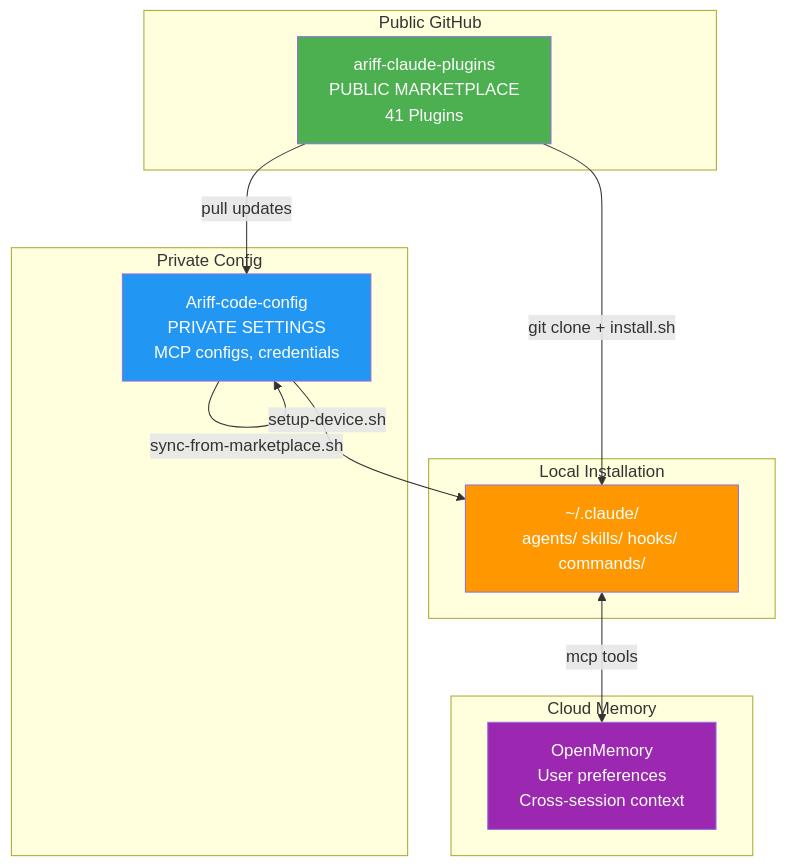
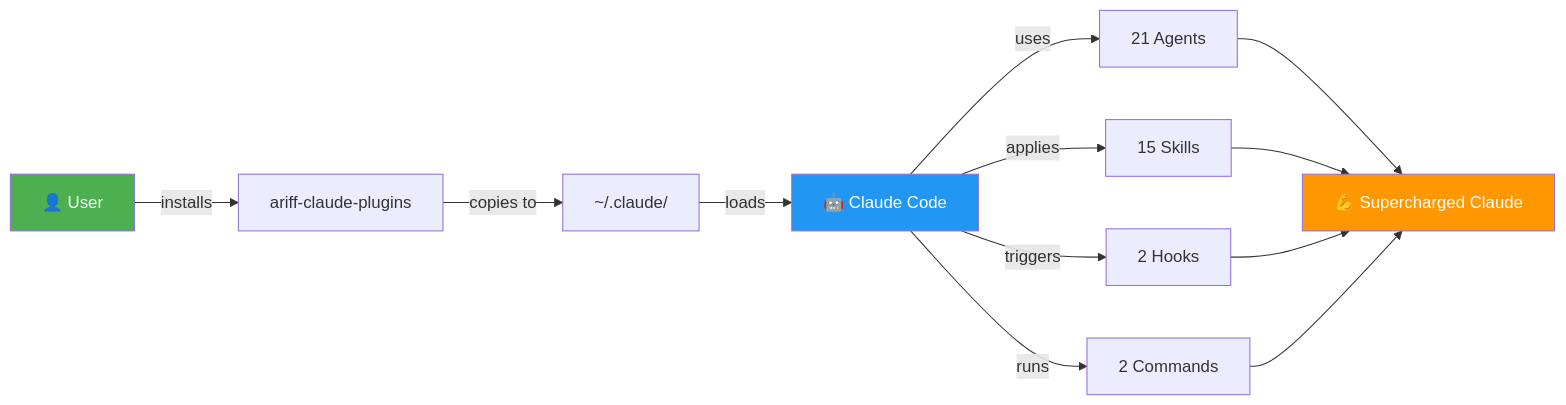
Before and after one commit to a-ariff/ariff-claude-plugins: the first of 5 diagrams in README.md, drawn with Mermaid. The commit also changed other lines of this file and 1 other file, not shown here.

````diff
--- a/README.md
+++ b/README.md
@@ -29,29 +88,20 @@
 ```mermaid
-graph TB
-    subgraph "Public GitHub"
-        MPR[ariff-claude-plugins<br/>PUBLIC MARKETPLACE<br/>41 Plugins]
-    end
+graph LR
+    A[👤 User] -->|installs| B[ariff-claude-plugins]
+    B -->|copies to| C[~/.claude/]
+    C -->|loads| D[🤖 Claude Code]
 
-    subgraph "Private Config"
-        PCR[Ariff-code-config<br/>PRIVATE SETTINGS<br/>MCP configs, credentials]
-    end
+    D -->|uses| E[21 Agents]
+    D -->|applies| F[15 Skills]
+    D -->|triggers| G[2 Hooks]
+    D -->|runs| H[2 Commands]
 
-    subgraph "Local Installation"
-        CLAUDE[~/.claude/<br/>agents/ skills/ hooks/ commands/]
-    end
+    E --> I[💪 Supercharged Claude]
+    F --> I
+    G --> I
+    H --> I
 
-    subgraph "Cloud Memory"
-        OMEM[OpenMemory<br/>User preferences<br/>Cross-session context]
-    end
-
-    MPR -->|git clone + install.sh| CLAUDE
-    PCR -->|sync-from-marketplace.sh| PCR
-    MPR -->|pull updates| PCR
-    PCR -->|setup-device.sh| CLAUDE
-    CLAUDE <-->|mcp tools| OMEM
-
-    style MPR fill:#4CAF50,color:#fff
-    style PCR fill:#2196F3,color:#fff
-    style CLAUDE fill:#FF9800,color:#fff
-    style OMEM fill:#9C27B0,color:#fff
+    style A fill:#4CAF50,color:#fff
+    style I fill:#FF9800,color:#fff
+    style D fill:#2196F3,color:#fff
 ```
````
